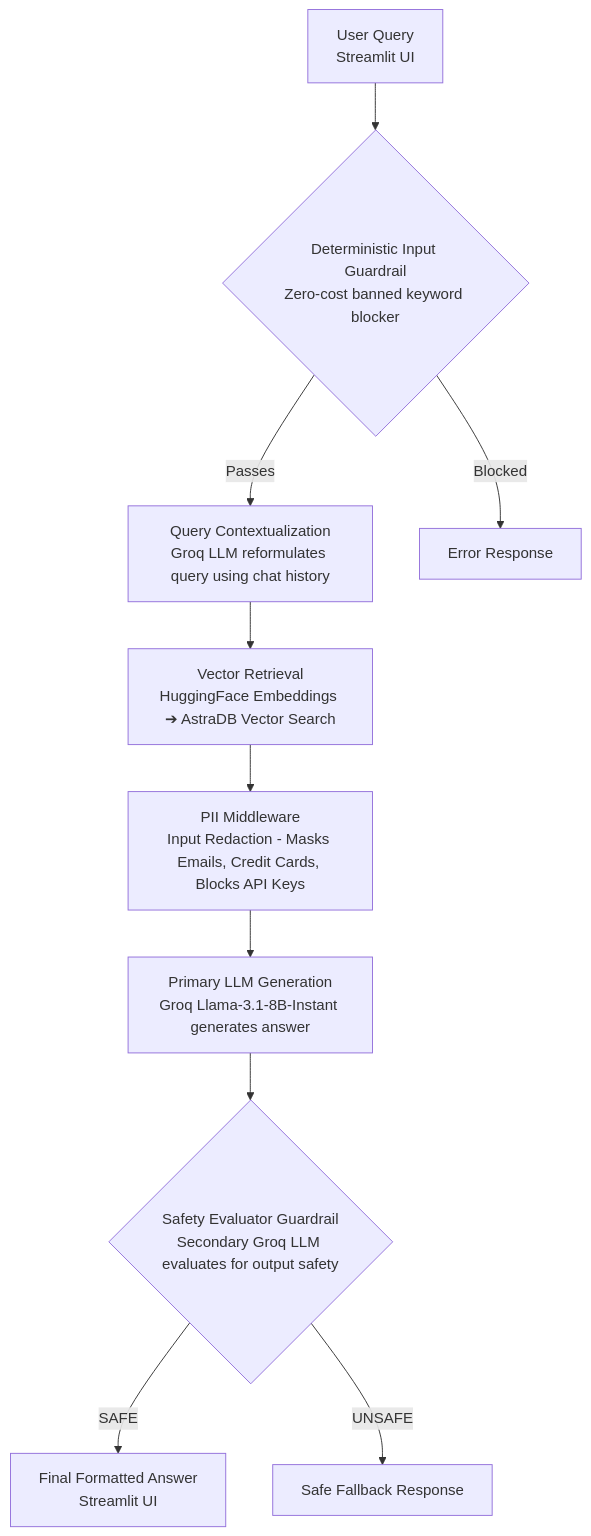
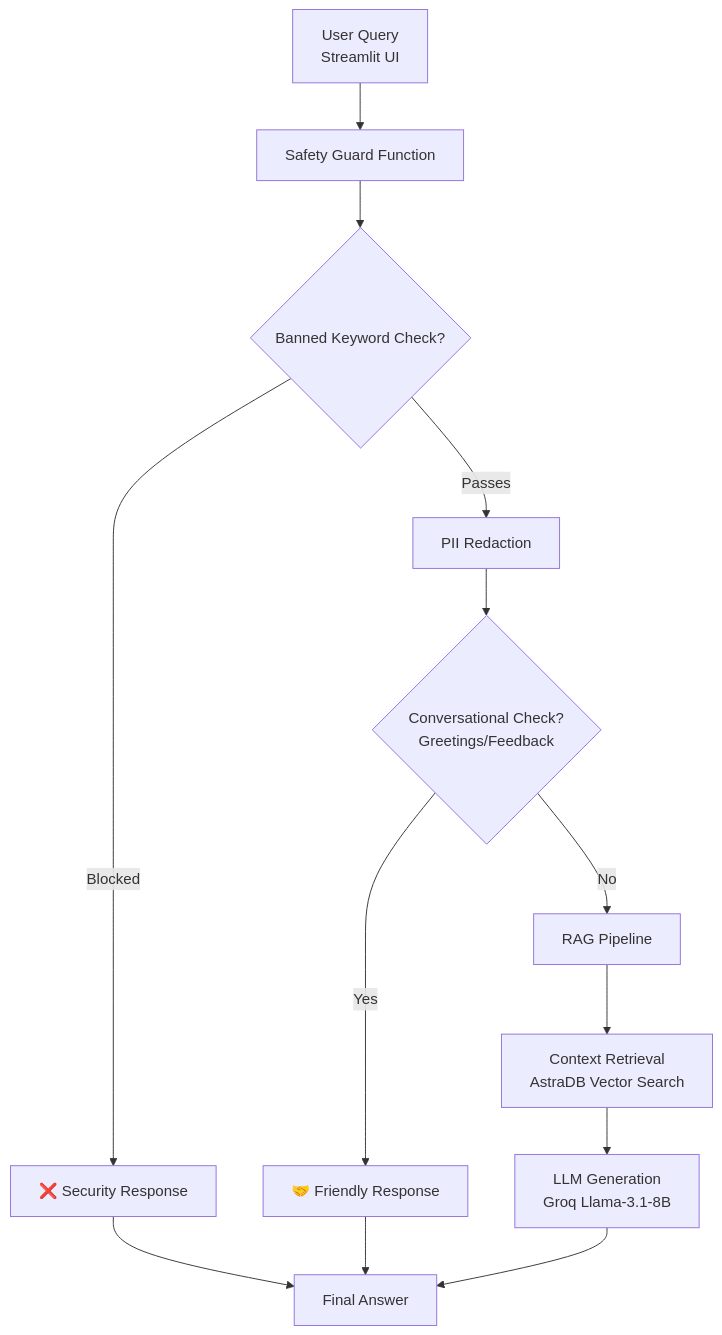
The diagram in README.md (Abhi6294-jais/Flip_chatbot), drawn with Mermaid before and after one commit. The commit also changed other lines of this file, not shown here.

````diff
--- a/README.md
+++ b/README.md
@@ -106,12 +101,20 @@
 ```mermaid
 flowchart TD
-    A[User Query<br>Streamlit UI] --> B{Deterministic Input Guardrail<br>Zero-cost banned keyword blocker}
-    B -- Passes --> C[Query Contextualization<br>Groq LLM reformulates query using chat history]
-    B -- Blocked --> Z[Error Response]
-    C --> D[Vector Retrieval<br>HuggingFace Embeddings ➔ AstraDB Vector Search]
-    D --> E[PII Middleware<br>Input Redaction - Masks Emails, Credit Cards, Blocks API Keys]
-    E --> F[Primary LLM Generation<br>Groq Llama-3.1-8B-Instant generates answer]
-    F --> G{Safety Evaluator Guardrail<br>Secondary Groq LLM evaluates for output safety}
-    G -- SAFE --> H[Final Formatted Answer<br>Streamlit UI]
-    G -- UNSAFE --> Y[Safe Fallback Response]
+    A[User Query<br>Streamlit UI] --> B[Safety Guard Function]
+    
+    B --> C{Banned Keyword Check?}
+    C -- Blocked --> D[❌ Security Response]
+    
+    C -- Passes --> E[PII Redaction]
+    E --> F{Conversational Check?<br>Greetings/Feedback}
+    
+    F -- Yes --> G[🤝 Friendly Response]
+    
+    F -- No --> H[RAG Pipeline]
+    H --> I[Context Retrieval<br>AstraDB Vector Search]
+    I --> J[LLM Generation<br>Groq Llama-3.1-8B]
+    J --> K[Final Answer]
+    
+    D --> K
+    G --> K
 ```
````
